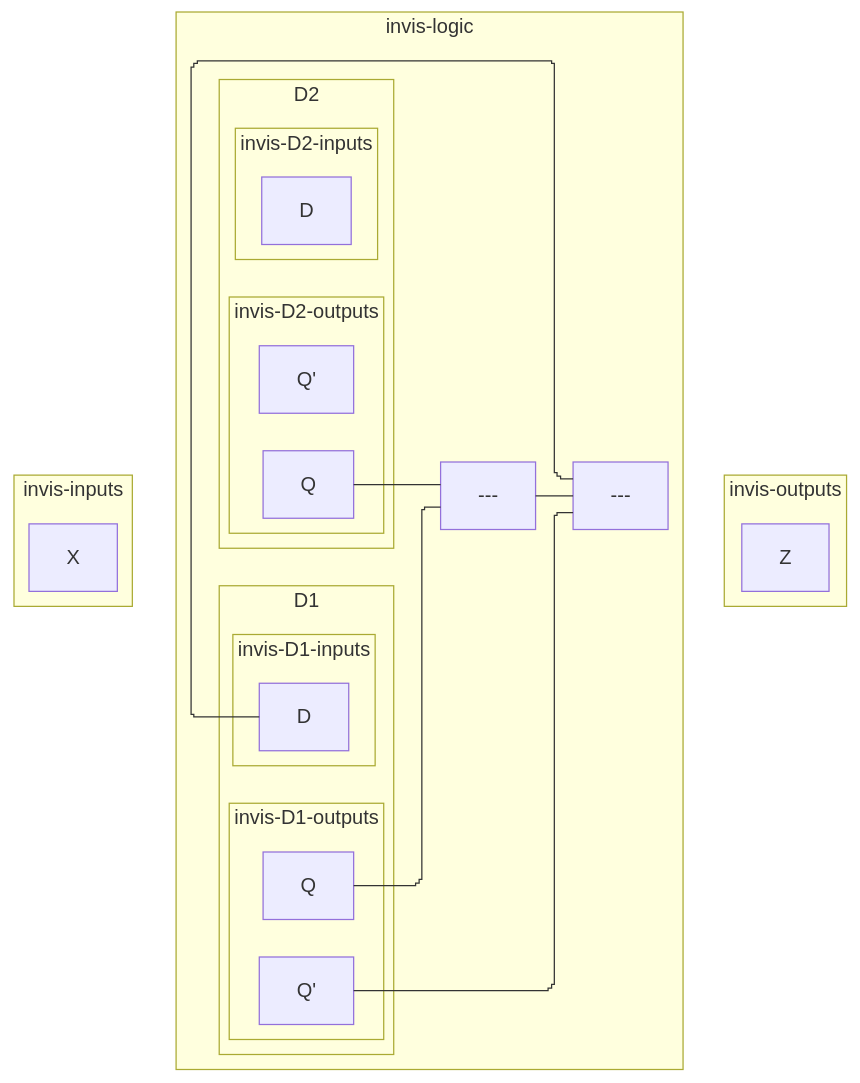
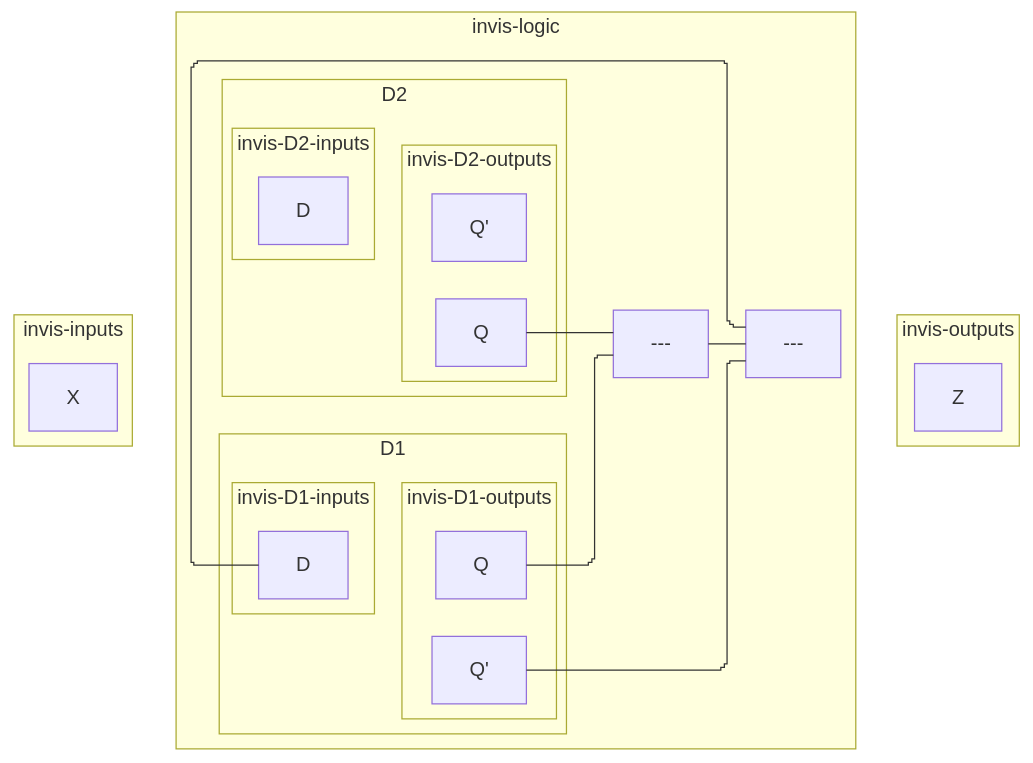
Before and after one commit to tnichols217/notes: the third of 3 diagrams in CSDS 281 - Logic Design/HW/8/Tables.md, drawn with Mermaid.

Commit message:
vault backup: 2024-04-03 23:12:54

````diff
--- a/CSDS 281 - Logic Design/HW/8/Tables.md
+++ b/CSDS 281 - Logic Design/HW/8/Tables.md
@@ -63,34 +63,36 @@
 ```mermaid
 %%{ init: { 'flowchart': { 'curve': 'stepBefore', "defaultRenderer": "elk" } } }%%
 flowchart LR
 subgraph invis-inputs
 	X
 end
 subgraph invis-logic
 	subgraph D1
 		subgraph invis-D1-inputs
 			D1i[D]
 		end
 		subgraph invis-D1-outputs
 			Q1[Q]
 			Q1P[Q']
 		end
+		invis-D1-inputs ~~~ invis-D1-outputs
 	end
 	subgraph D2
 		subgraph invis-D2-inputs
 			D2i[D]
 		end
 		subgraph invis-D2-outputs
 			Q2[Q]
 			Q2P[Q']
 		end
+		invis-D2-inputs ~~~ invis-D2-outputs
 	end
 	Q1 & Q2 --- and1[---]
 	Q1P & and1 --- or1[---]
 	or1 --- D1i
 end
 subgraph invis-outputs
 	Z
 end
 invis-inputs ~~~ invis-logic ~~~ invis-outputs
 ```
````
